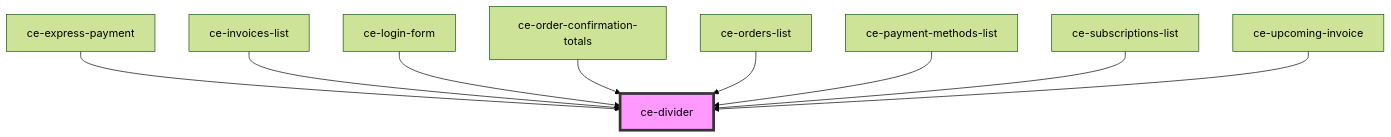
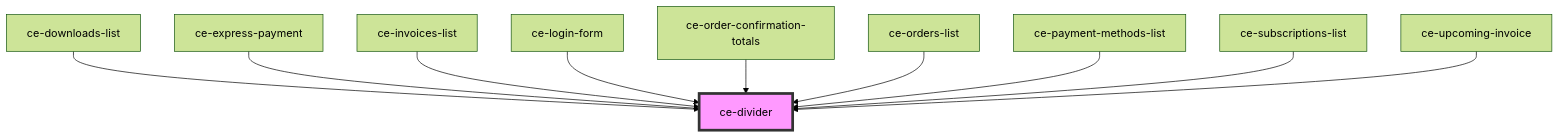
The diagram in packages/components/src/components/ui/divider/readme.md (surecart/surecart-wp-plugin), drawn with Mermaid (forest theme) before and after one commit. The commit also changed other lines of this file and 84 other files, not shown here.

````diff
--- a/packages/components/src/components/ui/divider/readme.md
+++ b/packages/components/src/components/ui/divider/readme.md
@@ -31,12 +32,13 @@
 ```mermaid
 graph TD;
+  ce-downloads-list --> ce-divider
   ce-express-payment --> ce-divider
   ce-invoices-list --> ce-divider
   ce-login-form --> ce-divider
   ce-order-confirmation-totals --> ce-divider
   ce-orders-list --> ce-divider
   ce-payment-methods-list --> ce-divider
   ce-subscriptions-list --> ce-divider
   ce-upcoming-invoice --> ce-divider
   style ce-divider fill:#f9f,stroke:#333,stroke-width:4px
 ```
````
